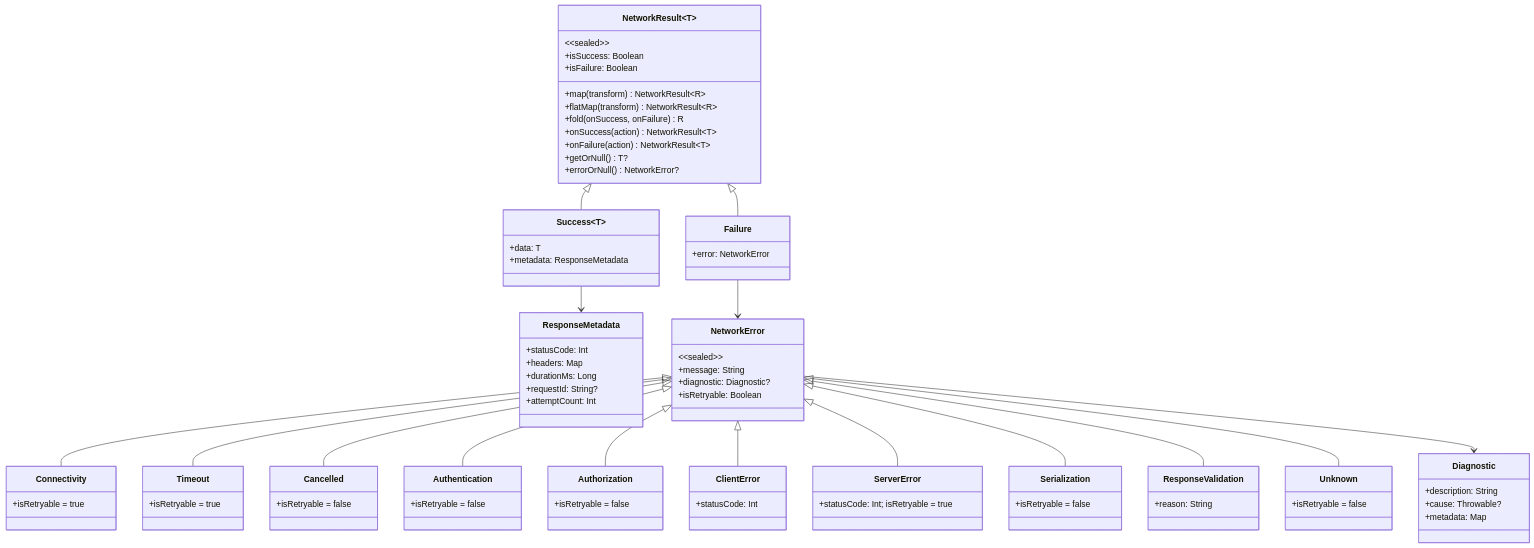
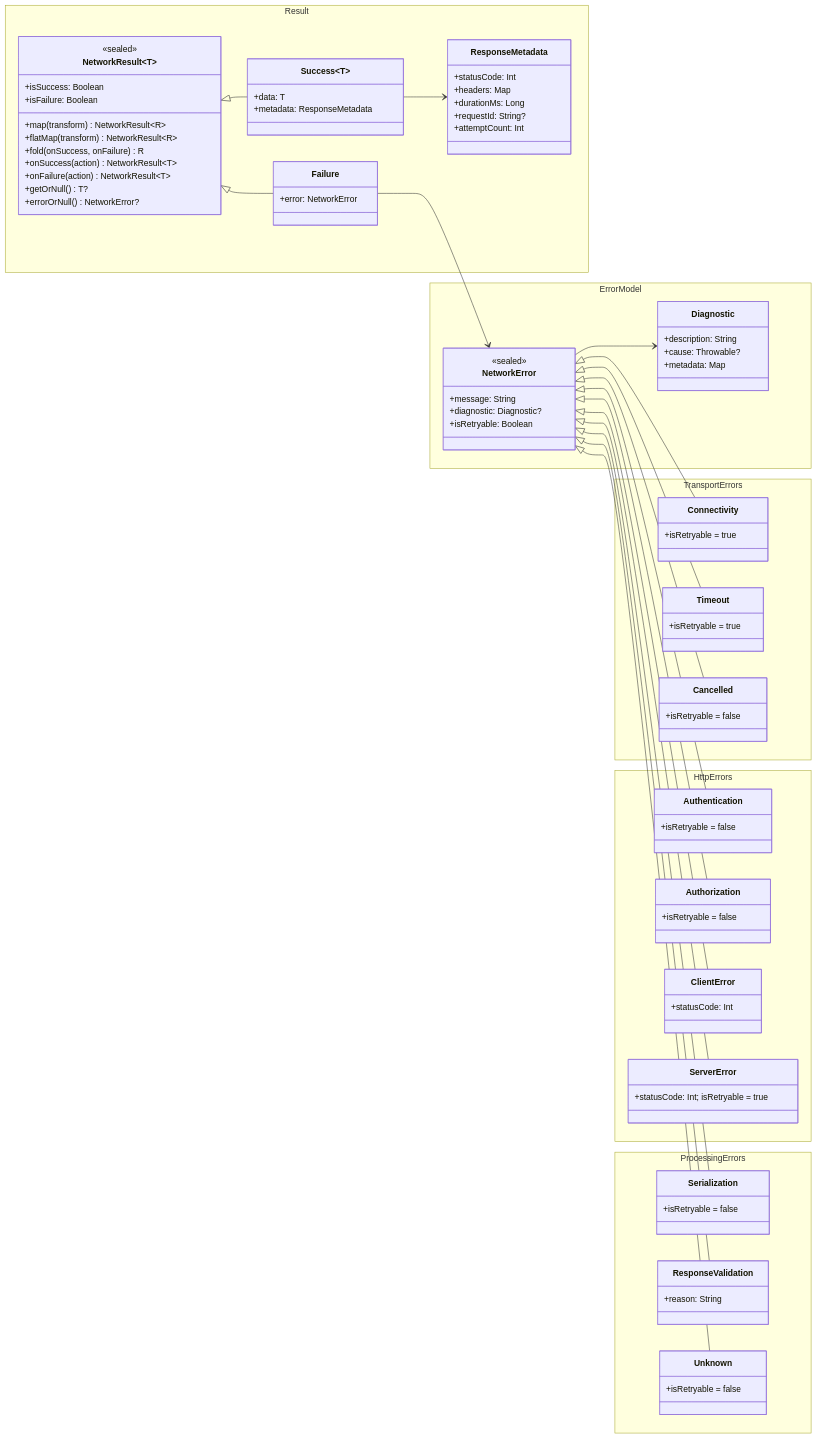
The diagram in docs/diagrams/mmd/05b-result-error-model.mmd (DanCrRdz93/core-data-platform), drawn with Mermaid before and after one commit. The commit also changed 18 other files, not shown here.

Commit message:
upgrade diagrams

```diff
--- a/docs/diagrams/mmd/05b-result-error-model.mmd
+++ b/docs/diagrams/mmd/05b-result-error-model.mmd
@@ -1,72 +1,85 @@
 classDiagram
-    direction TB
+    direction LR
 
-    class NetworkResult~T~ {
-        &lt;&lt;sealed&gt;&gt;
-        +isSuccess: Boolean
-        +isFailure: Boolean
-        +map(transform) NetworkResult~R~
-        +flatMap(transform) NetworkResult~R~
-        +fold(onSuccess, onFailure) R
-        +onSuccess(action) NetworkResult~T~
-        +onFailure(action) NetworkResult~T~
-        +getOrNull() T?
-        +errorOrNull() NetworkError?
+    namespace Result {
+        class NetworkResult~T~ {
+            <<sealed>>
+            +isSuccess: Boolean
+            +isFailure: Boolean
+            +map(transform) NetworkResult~R~
+            +flatMap(transform) NetworkResult~R~
+            +fold(onSuccess, onFailure) R
+            +onSuccess(action) NetworkResult~T~
+            +onFailure(action) NetworkResult~T~
+            +getOrNull() T?
+            +errorOrNull() NetworkError?
+        }
+
+        class Success~T~ {
+            +data: T
+            +metadata: ResponseMetadata
+        }
+
+        class Failure {
+            +error: NetworkError
+        }
+
+        class ResponseMetadata {
+            +statusCode: Int
+            +headers: Map
+            +durationMs: Long
+            +requestId: String?
+            +attemptCount: Int
+        }
     }
 
-    class Success~T~ {
-        +data: T
-        +metadata: ResponseMetadata
+    namespace ErrorModel {
+        class NetworkError {
+            <<sealed>>
+            +message: String
+            +diagnostic: Diagnostic?
+            +isRetryable: Boolean
+        }
+
+        class Diagnostic {
+            +description: String
+            +cause: Throwable?
+            +metadata: Map
+        }
     }
 
-    class Failure {
-        +error: NetworkError
+    namespace TransportErrors {
+        class Connectivity { +isRetryable = true }
+        class Timeout { +isRetryable = true }
+        class Cancelled { +isRetryable = false }
     }
 
-    class ResponseMetadata {
-        +statusCode: Int
-        +headers: Map
-        +durationMs: Long
-        +requestId: String?
-        +attemptCount: Int
+    namespace HttpErrors {
+        class Authentication { +isRetryable = false }
+        class Authorization { +isRetryable = false }
+        class ClientError { +statusCode: Int }
+        class ServerError { +statusCode: Int; isRetryable = true }
     }
 
-    class NetworkError {
-        &lt;&lt;sealed&gt;&gt;
-        +message: String
-        +diagnostic: Diagnostic?
-        +isRetryable: Boolean
-    }
-
-    class Connectivity { +isRetryable = true }
-    class Timeout { +isRetryable = true }
-    class Cancelled { +isRetryable = false }
-    class Authentication { +isRetryable = false }
-    class Authorization { +isRetryable = false }
-    class ClientError { +statusCode: Int }
-    class ServerError { +statusCode: Int; isRetryable = true }
-    class Serialization { +isRetryable = false }
-    class ResponseValidation { +reason: String }
-    class Unknown { +isRetryable = false }
-
-    class Diagnostic {
-        +description: String
-        +cause: Throwable?
-        +metadata: Map
+    namespace ProcessingErrors {
+        class Serialization { +isRetryable = false }
+        class ResponseValidation { +reason: String }
+        class Unknown { +isRetryable = false }
     }
 
     NetworkResult <|-- Success
     NetworkResult <|-- Failure
     Success --> ResponseMetadata
     Failure --> NetworkError
+
     NetworkError <|-- Connectivity
     NetworkError <|-- Timeout
     NetworkError <|-- Cancelled
     NetworkError <|-- Authentication
     NetworkError <|-- Authorization
     NetworkError <|-- ClientError
     NetworkError <|-- ServerError
     NetworkError <|-- Serialization
     NetworkError <|-- ResponseValidation
     NetworkError <|-- Unknown
     NetworkError --> Diagnostic
```
